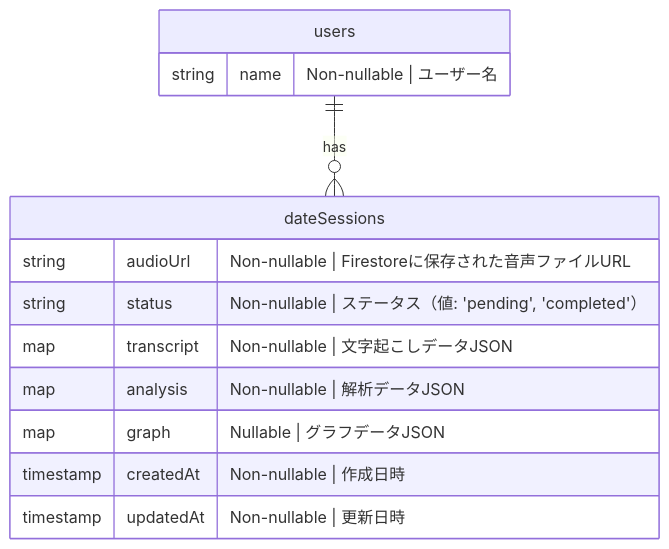
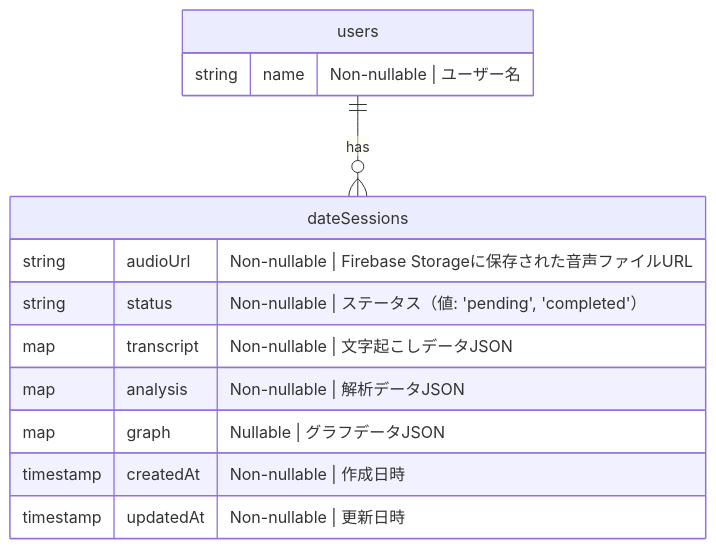
One commit to GrassVenture/date-feed-back changed the diagram in .cursor/rules/db-data-schema.mdc. Above: the diagram before and after it, drawn with Mermaid.

Commit message:
db-data-schema.mdcの文言修正

````diff
--- a/.cursor/rules/db-data-schema.mdc
+++ b/.cursor/rules/db-data-schema.mdc
@@ -10,19 +10,19 @@
 ```mermaid
 erDiagram
     users ||--o{ dateSessions : has
 
     users {
         string name "Non-nullable | ユーザー名"
     }
 
     dateSessions {
-        string audioUrl "Non-nullable | Firestoreに保存された音声ファイルURL"
+        string audioUrl "Non-nullable | Firebase Storageに保存された音声ファイルURL"
         string status "Non-nullable | ステータス（値: 'pending', 'completed'）"
         map transcript "Non-nullable | 文字起こしデータJSON"
         map analysis "Non-nullable | 解析データJSON"
         map graph "Nullable | グラフデータJSON"
         timestamp createdAt "Non-nullable | 作成日時"
         timestamp updatedAt "Non-nullable | 更新日時"
     }
 
 ```
````
